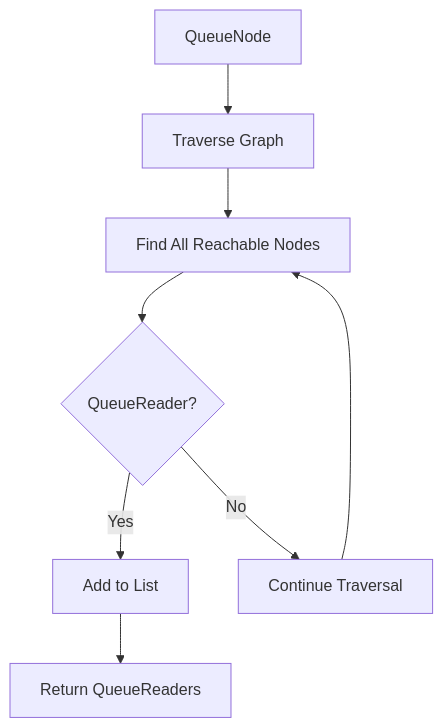
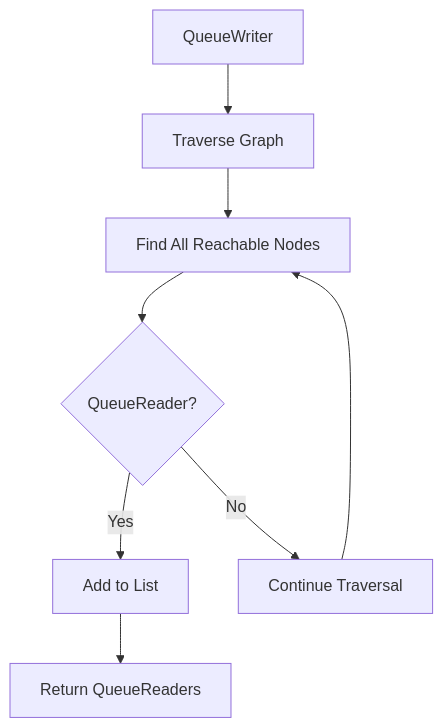
Before and after one commit to Roshan-yadav-evil-genius/TheOneEye-Backend: the fourth of 7 diagrams in docs/08-Post-Processing.md, drawn with Mermaid. The commit also changed other lines of this file and 10 other files, not shown here.

````diff
--- a/docs/08-Post-Processing.md
+++ b/docs/08-Post-Processing.md
@@ -146,10 +146,10 @@
 ```mermaid
 flowchart TD
-    A[QueueNode] --> B[Traverse Graph]
+    A[QueueWriter] --> B[Traverse Graph]
     B --> C[Find All Reachable Nodes]
     C --> D{QueueReader?}
     D -->|Yes| E[Add to List]
     D -->|No| F[Continue Traversal]
     E --> G[Return QueueReaders]
     F --> C
 ```
````
